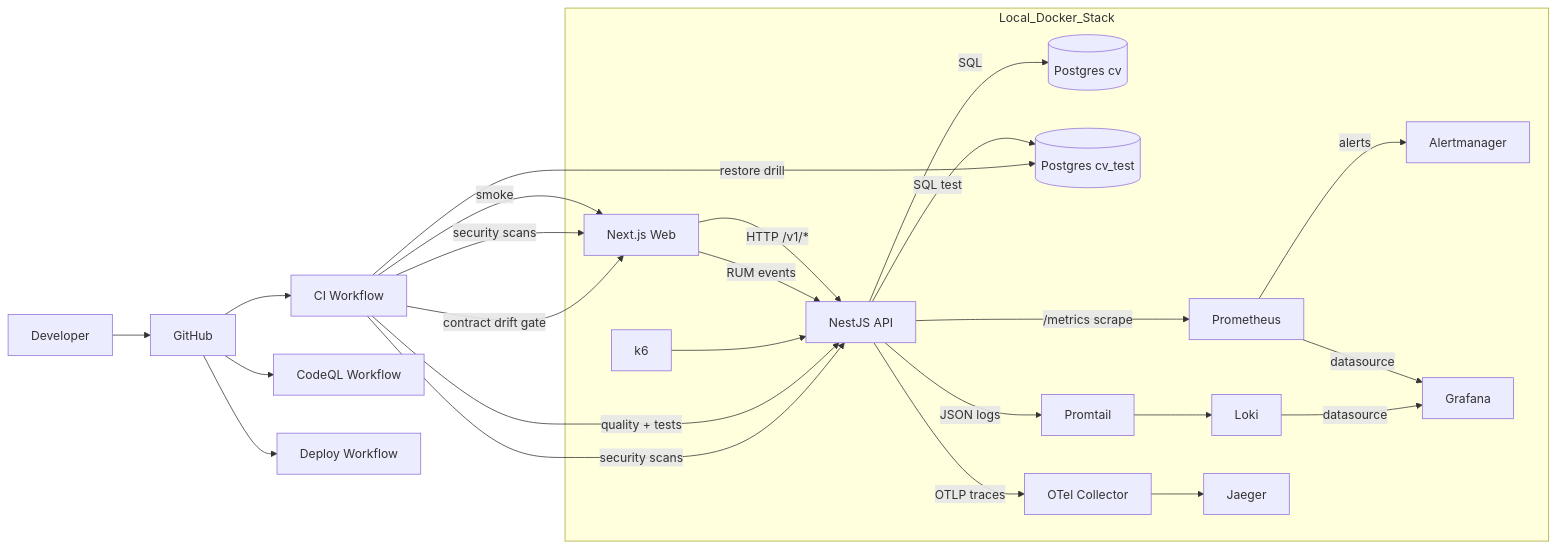
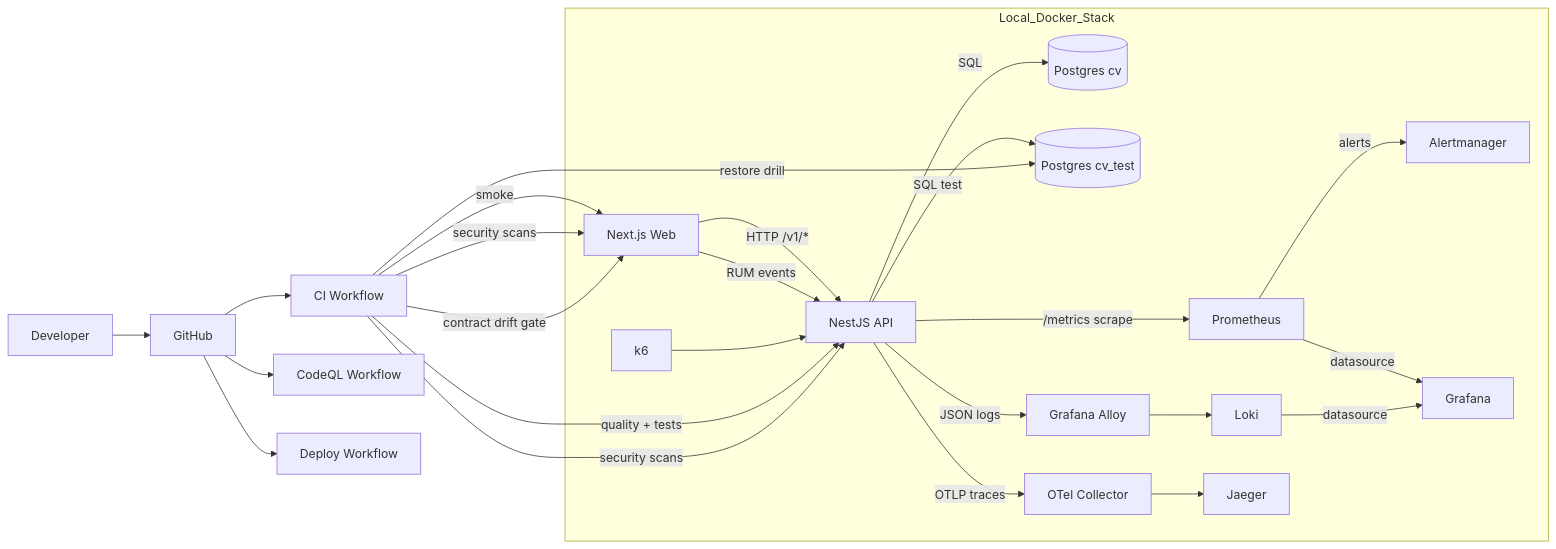
The diagram in docs/skeleton-wrapup.md (zigorlsp7/cv), drawn with Mermaid before and after one commit. The commit also changed other lines of this file and 4 other files, not shown here.

Commit message:
chore: change deprecated promtail with alloy (#40)

````diff
--- a/docs/skeleton-wrapup.md
+++ b/docs/skeleton-wrapup.md
@@ -20,48 +20,48 @@
 ```mermaid
 flowchart LR
   Dev[Developer] --> GH[GitHub]
   GH --> CI[CI Workflow]
   GH --> CodeQL[CodeQL Workflow]
   GH --> Deploy[Deploy Workflow]
 
   subgraph Local_Docker_Stack
     Web[Next.js Web]
     API[NestJS API]
     DB[(Postgres cv)]
     DBT[(Postgres cv_test)]
     Prom[Prometheus]
     AM[Alertmanager]
     Gra[Grafana]
     Loki[Loki]
-    PT[Promtail]
+    Alloy[Grafana Alloy]
     OTel[OTel Collector]
     Jae[Jaeger]
     K6[k6]
   end
 
   Web -->|HTTP /v1/*| API
   Web -->|RUM events| API
 
   API -->|SQL| DB
   API -->|SQL test| DBT
 
   API -->|/metrics scrape| Prom
   Prom -->|alerts| AM
   Prom -->|datasource| Gra
 
-  API -->|JSON logs| PT
-  PT --> Loki
+  API -->|JSON logs| Alloy
+  Alloy --> Loki
   Loki -->|datasource| Gra
 
   API -->|OTLP traces| OTel
   OTel --> Jae
 
   K6 --> API
 
   CI -->|quality + tests| API
   CI -->|smoke| Web
   CI -->|security scans| API
   CI -->|security scans| Web
   CI -->|contract drift gate| Web
   CI -->|restore drill| DBT
 ```
````
